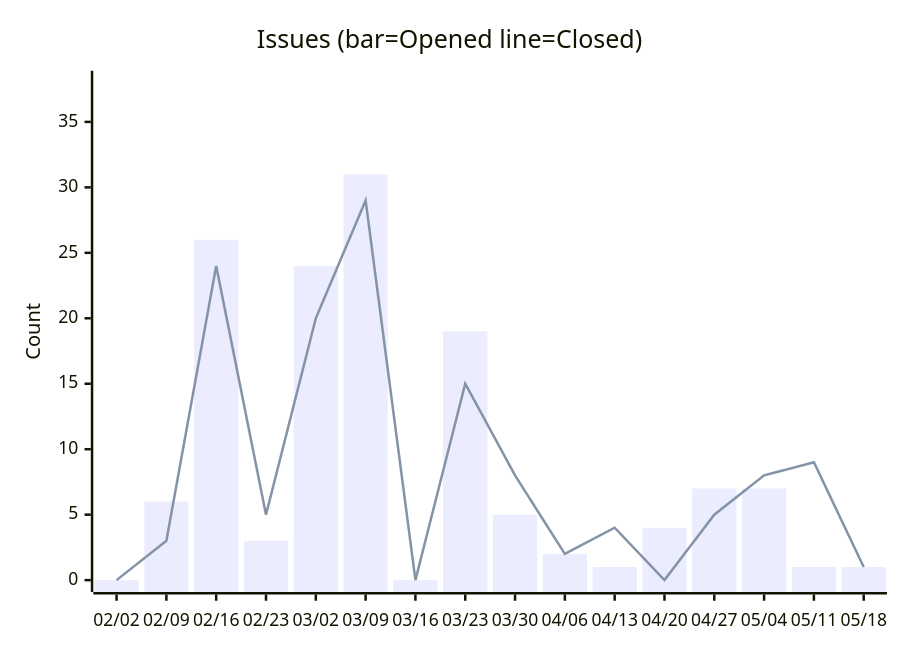
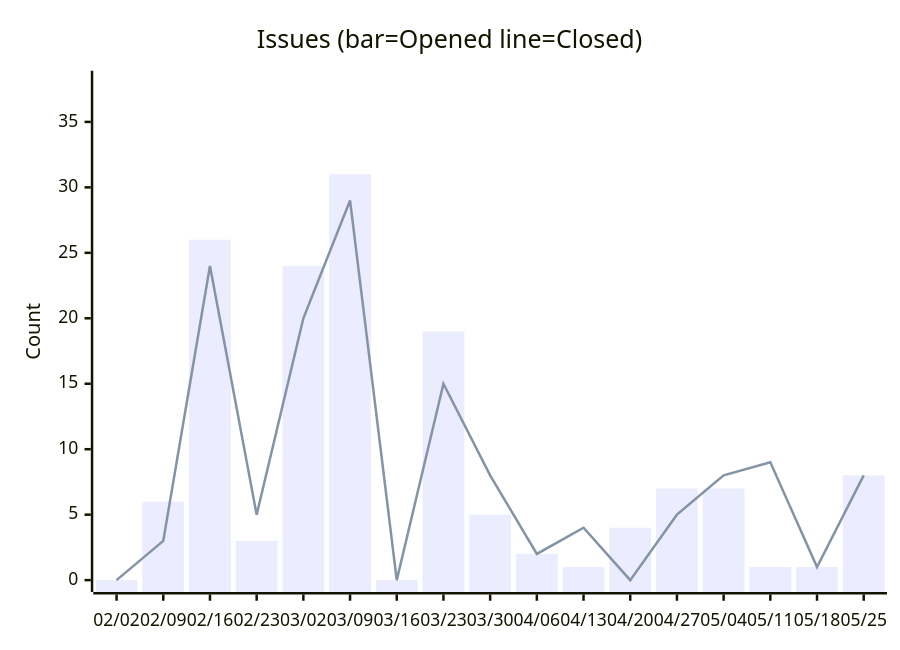
Before and after one commit to nablarch/nabledge-dev: the fifth of 14 diagrams in docs/metrics.md, drawn with Mermaid. The commit also changed other lines of this file and 2 other files, not shown here.

````diff
--- a/docs/metrics.md
+++ b/docs/metrics.md
@@ -91,8 +91,8 @@
 ```mermaid
 xychart-beta
   title "Issues (bar=Opened  line=Closed)"
-  x-axis ["02/02", "02/09", "02/16", "02/23", "03/02", "03/09", "03/16", "03/23", "03/30", "04/06", "04/13", "04/20", "04/27", "05/04", "05/11", "05/18"]
+  x-axis ["02/02", "02/09", "02/16", "02/23", "03/02", "03/09", "03/16", "03/23", "03/30", "04/06", "04/13", "04/20", "04/27", "05/04", "05/11", "05/18", "05/25"]
   y-axis "Count" 0 --> 38
-  bar [0, 6, 26, 3, 24, 31, 0, 19, 5, 2, 1, 4, 7, 7, 1, 1]
-  line [0, 3, 24, 5, 20, 29, 0, 15, 8, 2, 4, 0, 5, 8, 9, 1]
+  bar [0, 6, 26, 3, 24, 31, 0, 19, 5, 2, 1, 4, 7, 7, 1, 1, 8]
+  line [0, 3, 24, 5, 20, 29, 0, 15, 8, 2, 4, 0, 5, 8, 9, 1, 8]
 ```
````
